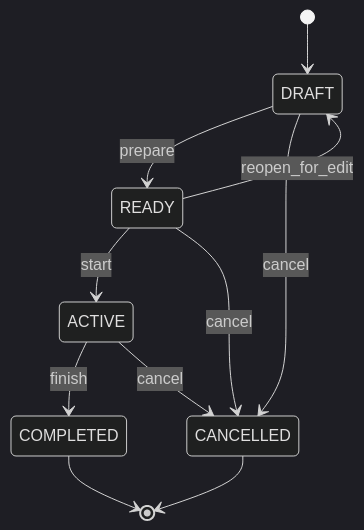
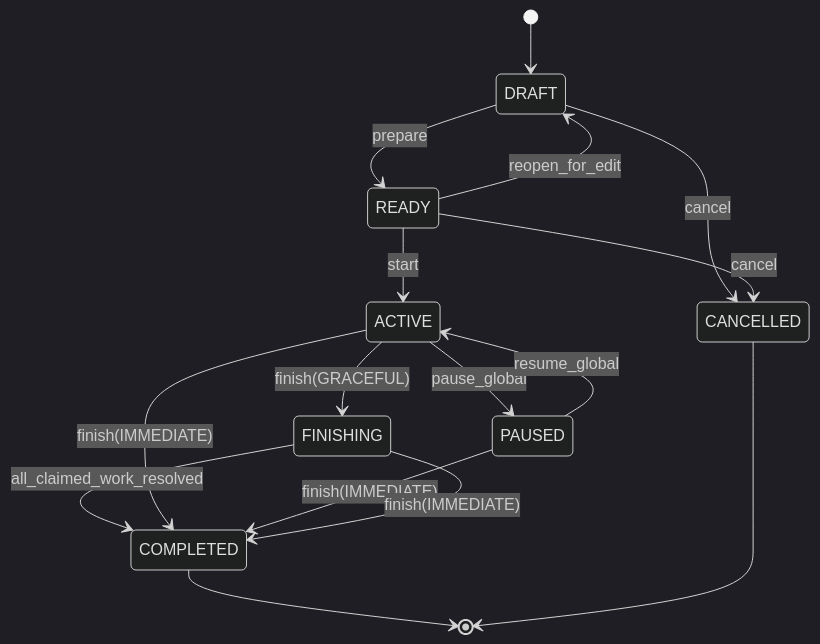
The first of 5 diagrams in docs/state-machines.md (alex-indi/training-simulator-112), drawn with Mermaid (dark theme) before and after one commit. The commit also changed other lines of this file and 6 other files, not shown here.

````diff
--- a/docs/state-machines.md
+++ b/docs/state-machines.md
@@ -61,13 +66,18 @@
 ```mermaid
 stateDiagram-v2
     [*] --> DRAFT
     DRAFT --> READY: prepare
     READY --> DRAFT: reopen_for_edit
     READY --> ACTIVE: start
     DRAFT --> CANCELLED: cancel
     READY --> CANCELLED: cancel
-    ACTIVE --> COMPLETED: finish
-    ACTIVE --> CANCELLED: cancel
+    ACTIVE --> PAUSED: pause_global
+    PAUSED --> ACTIVE: resume_global
+    ACTIVE --> FINISHING: finish(GRACEFUL)
+    FINISHING --> COMPLETED: all_claimed_work_resolved
+    ACTIVE --> COMPLETED: finish(IMMEDIATE)
+    PAUSED --> COMPLETED: finish(IMMEDIATE)
+    FINISHING --> COMPLETED: finish(IMMEDIATE)
     COMPLETED --> [*]
     CANCELLED --> [*]
 ```
````
